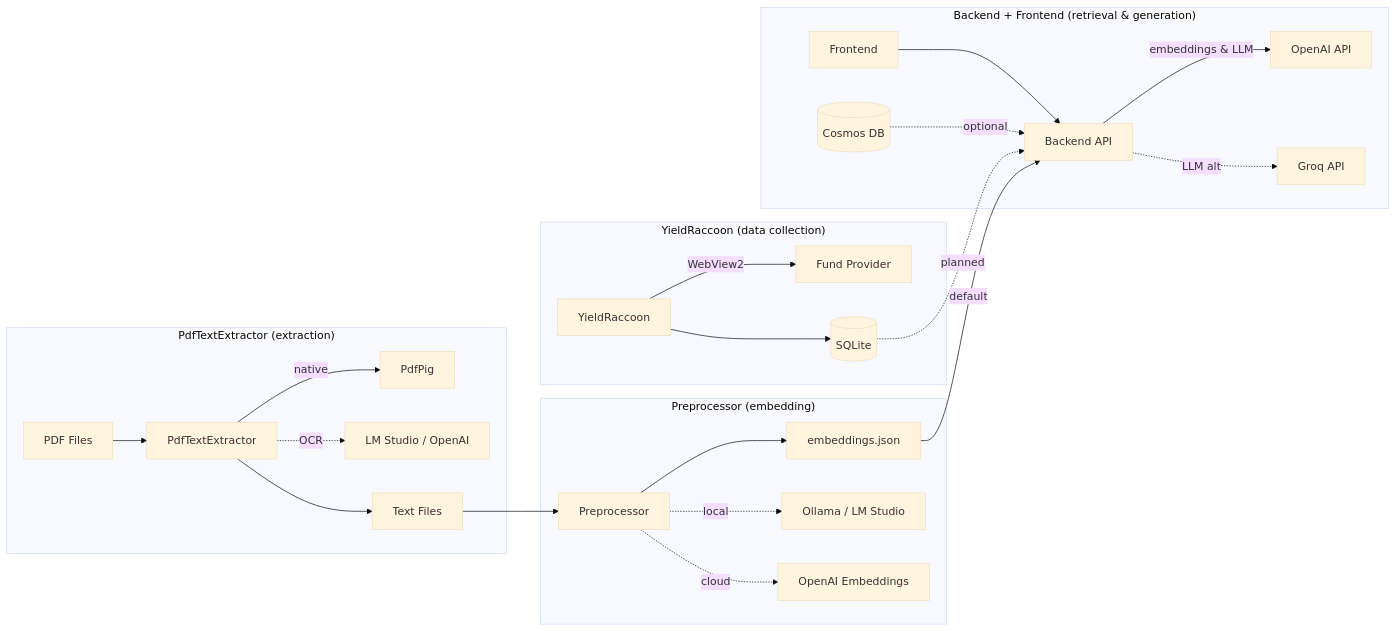
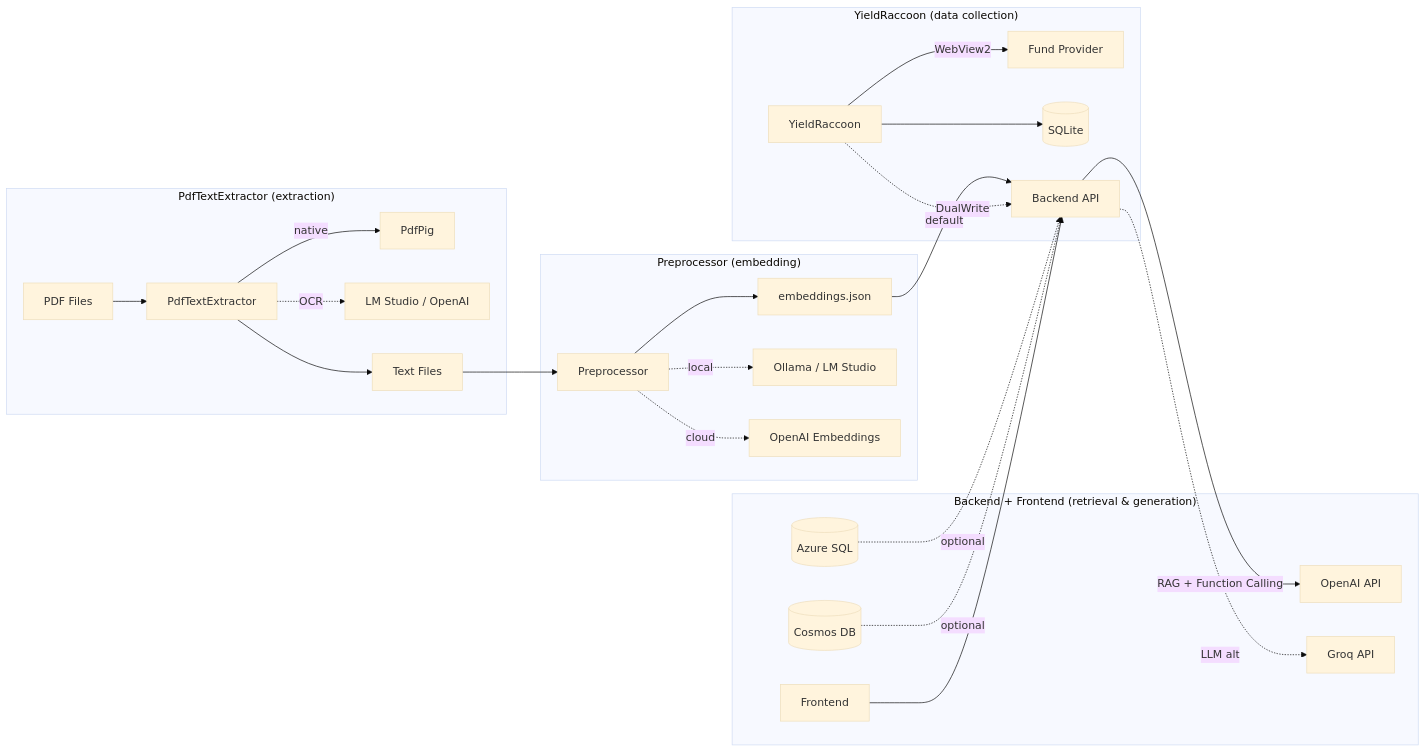
Before and after one commit to Muhomorik/SemanticKernel-FundDocsQnA-dotnet-nextjs: the diagram in README.md, drawn with Mermaid (base theme). The commit also changed other lines of this file and 4 other files, not shown here.

Commit message:
Remove detailed design plans for structured data search functionality and Azure SQL integration. Streamline documentation and reference materials.

````diff
--- a/README.md
+++ b/README.md
@@ -62,30 +65,31 @@
 ```mermaid
 flowchart LR
     subgraph PdfTextExtractor ["PdfTextExtractor (extraction)"]
         PDF[PDF Files] --> PTE[PdfTextExtractor]
         PTE -->|native| PDFPIG[PdfPig]
         PTE -.->|OCR| LMS[LM Studio / OpenAI]
         PTE --> TXT[Text Files]
     end
 
     subgraph Preprocessor ["Preprocessor (embedding)"]
         TXT --> PRE[Preprocessor]
         PRE --> EMB[embeddings.json]
         PRE -.->|local| LOCAL[Ollama / LM Studio]
         PRE -.->|cloud| OAI_EMB[OpenAI Embeddings]
     end
 
     subgraph YieldRaccoon ["YieldRaccoon (data collection)"]
         YR[YieldRaccoon] -->|WebView2| FP[Fund Provider]
         YR --> DB[(SQLite)]
+        YR -.->|DualWrite| API
     end
 
     subgraph Runtime ["Backend + Frontend (retrieval & generation)"]
         FE[Frontend] --> API[Backend API]
         EMB -->|default| API
         COSMOS[(Cosmos DB)] -.->|optional| API
-        DB -.->|planned| API
-        API -->|embeddings & LLM| OAI[OpenAI API]
+        AZSQL[(Azure SQL)] -.->|optional| API
+        API -->|RAG + Function Calling| OAI[OpenAI API]
         API -.->|LLM alt| GROQ[Groq API]
     end
 ```
````
